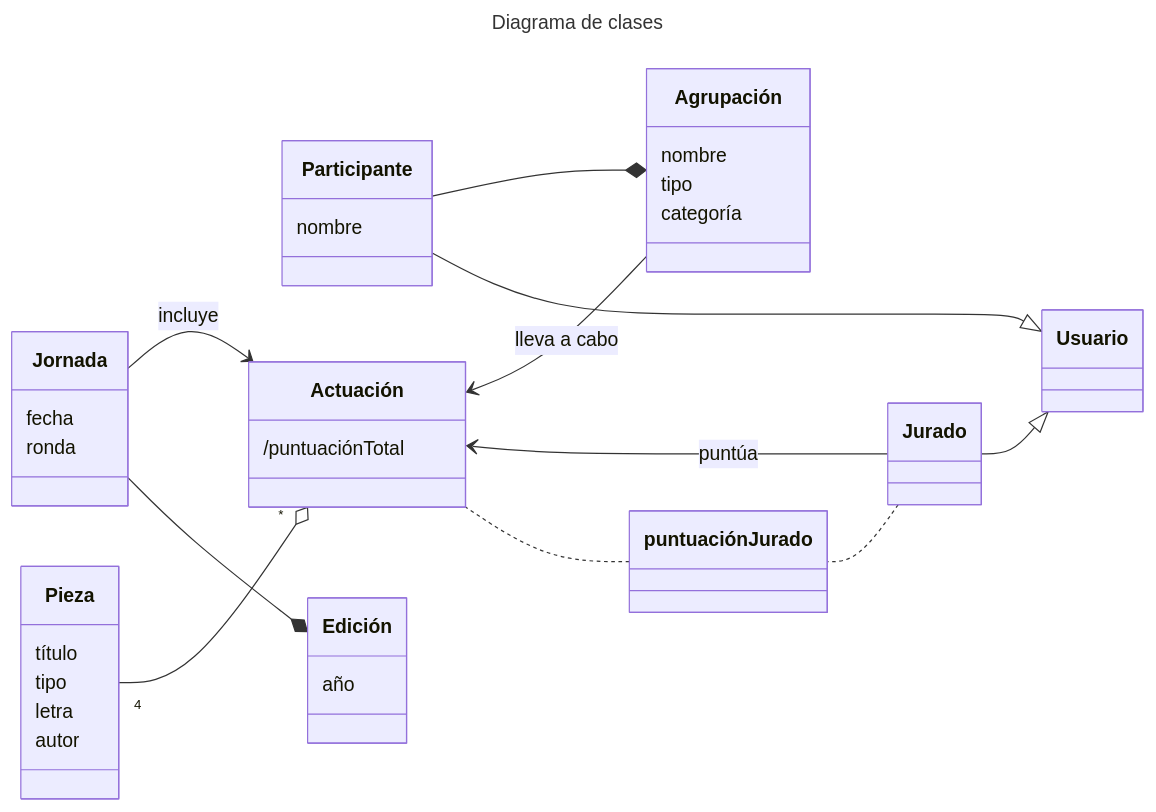
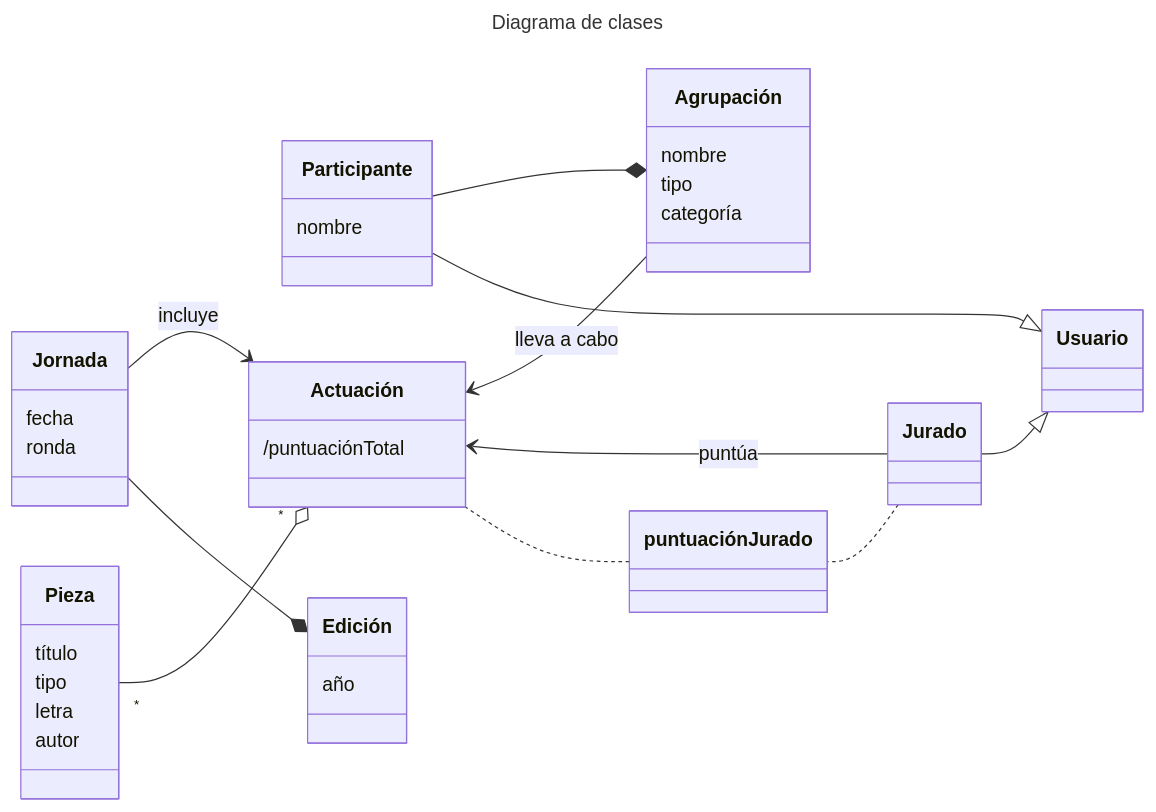
The diagram in docs/requisitos.md (Lr2314/iw2026-2027-carnaval), drawn with Mermaid before and after one commit.

Commit message:
Cambio cardinalidad piezas

````diff
--- a/docs/requisitos.md
+++ b/docs/requisitos.md
@@ -2,41 +2,41 @@
 ```mermaid
 ---
 title: Diagrama de clases
 ---
 classDiagram
     direction RL
     Agrupación *-- Participante
     Agrupación --> Actuación : lleva a cabo
     Actuación <-- Jornada : incluye
-    Actuación "*"o--"4" Pieza
+    Actuación "*"o--"*" Pieza
     Edición *-- Jornada
     Usuario <|-- Participante
     Usuario <|-- Jurado
     Jurado --> Actuación : puntúa
     Jurado .. puntuaciónJurado
     puntuaciónJurado .. Actuación
     class Agrupación{
         nombre
         tipo
         categoría
     }
     class Participante {
         nombre
     }
     class Jornada {
         fecha
         ronda
     }
     class Pieza {
         título
         tipo
         letra
         autor
     }
     class Edición {
         año
     }
     class Actuación {
         /puntuaciónTotal
     }
 ```
````
